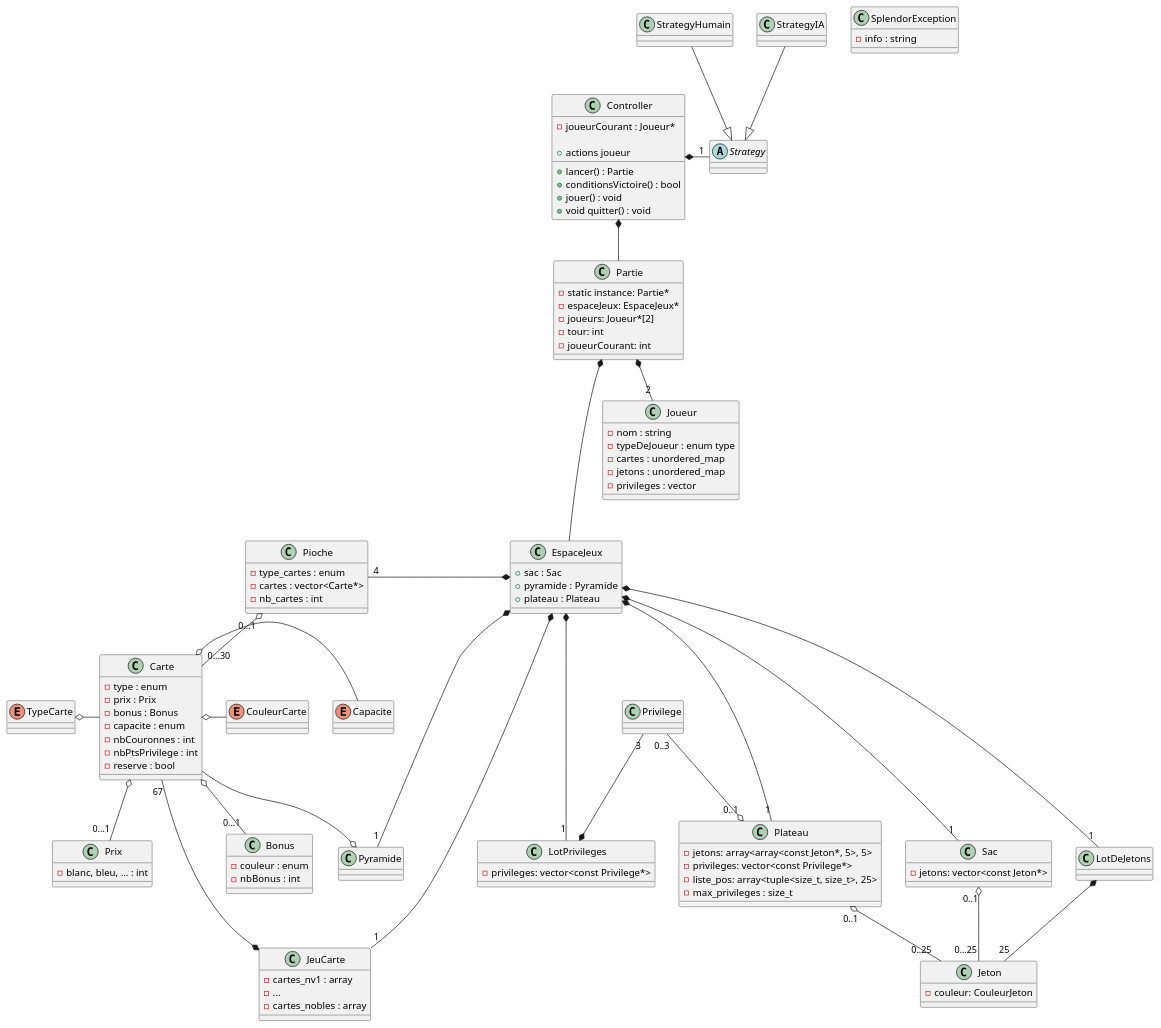
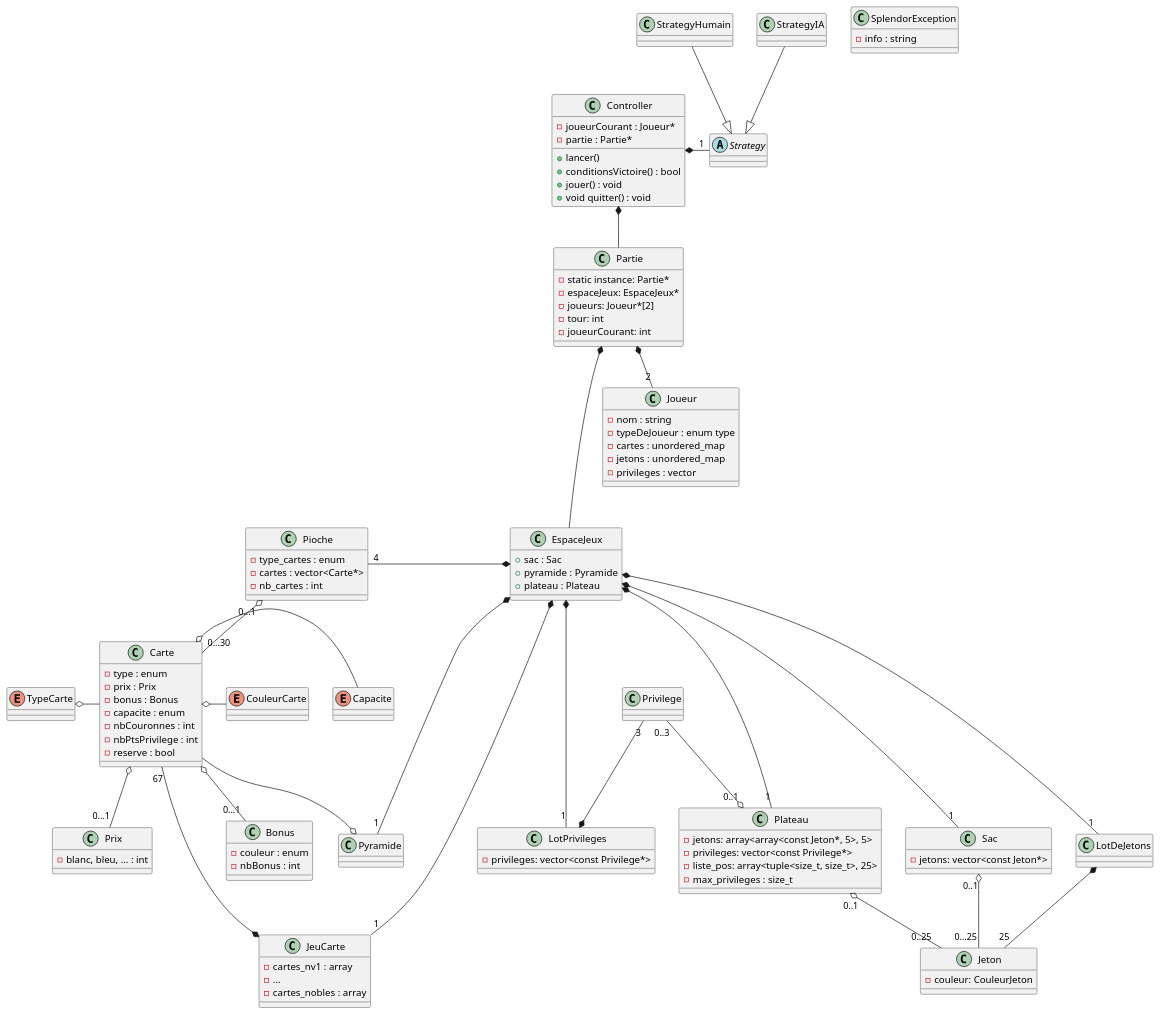
Before and after one commit to theguega/OOP-Board-Game: the diagram in uml/general/splendor.plantuml, drawn with PlantUML. The commit also changed 1 other file, not shown here.

Commit message:
uml VF.2

```diff
--- a/uml/general/splendor.plantuml
+++ b/uml/general/splendor.plantuml
@@ -1,154 +1,155 @@
 @startuml splendor
 '    https://plantuml.com/class-diagram
 
 class SplendorException {
   - info : string
 }
 
 
 
 
 
 
 class Jeton {
   - couleur: CouleurJeton
 }
 
 class Privilege {
 }
 
 class LotPrivileges {
   - privileges: vector<const Privilege*>
 }
 
 class Sac {
   - jetons: vector<const Jeton*>
 }
 
 class Plateau {
   - jetons: array<array<const Jeton*, 5>, 5>
   - privileges: vector<const Privilege*>
   - liste_pos: array<tuple<size_t, size_t>, 25>
   - max_privileges : size_t
 }
 
 LotDeJetons *--"25" Jeton
 Sac "0..1" o-- "0...25" Jeton
 Privilege "3" --* LotPrivileges
 Plateau "0..1" o- "0..25" Jeton
 Privilege "0..3" -o "0..1" Plateau
 
 ' Cartes
 
 enum CouleurCarte
 
 enum TypeCarte
 
 enum Capacite
 
 class Carte{
     - type : enum
     - prix : Prix
     - bonus : Bonus
     - capacite : enum
     - nbCouronnes : int
     - nbPtsPrivilege : int
     - reserve : bool
 }
 
 class Bonus{
     - couleur : enum
     - nbBonus : int
 }
 
 class Prix{
     - blanc, bleu, ... : int
 }
 
 class Pioche {
     - type_cartes : enum
     - cartes : vector<Carte*>
     - nb_cartes : int
 }
 
 class JeuCarte {
     - cartes_nv1 : array
     - ...
     - cartes_nobles : array
 }
 
 class Pyramide {
 }
 
 Carte "67" ---* JeuCarte
 Carte --o Pyramide
 Pioche "0...1" o-- "0...30"Carte
 Carte o-- "0...1" Bonus
 Carte o-- "0...1" Prix
 Carte o- CouleurCarte
 TypeCarte o- Carte
 Carte o- Capacite
 
 ' Joueur
 
 class Joueur {
     - nom : string
     - typeDeJoueur : enum type
     - cartes : unordered_map
     - jetons : unordered_map
     - privileges : vector
 }
 
 abstract Strategy {
 }
 
 class StrategyHumain
 class StrategyIA
 
 Controller *- "1" Strategy
 StrategyHumain --|> Strategy
 StrategyIA --|> Strategy
 
 
 ' Partie
 
 class Partie {
     - static instance: Partie*
     - espaceJeux: EspaceJeux*
     - joueurs: Joueur*[2]
     - tour: int
     - joueurCourant: int
 }
 
 ' Others
 
 class EspaceJeux {
     + sac : Sac
     + pyramide : Pyramide
     + plateau : Plateau
 }
 
 class Controller {
 	- joueurCourant : Joueur*
+	- partie : Partie*
 
-    + lancer() : Partie
+    + lancer()
     + conditionsVictoire() : bool
     + jouer() : void
     + void quitter() : void
-    + actions joueur
+
 }
 
 Partie *--- EspaceJeux
 Partie *--"2" Joueur
 
 EspaceJeux *---"1" Sac
 EspaceJeux *---"1" Pyramide
 EspaceJeux *---"1" Plateau
 EspaceJeux *---"1" LotDeJetons
 EspaceJeux *---"1" LotPrivileges
 EspaceJeux *--"1" JeuCarte
 Pioche "4"-* EspaceJeux
 
 Controller *-- Partie
 
 @enduml
```
